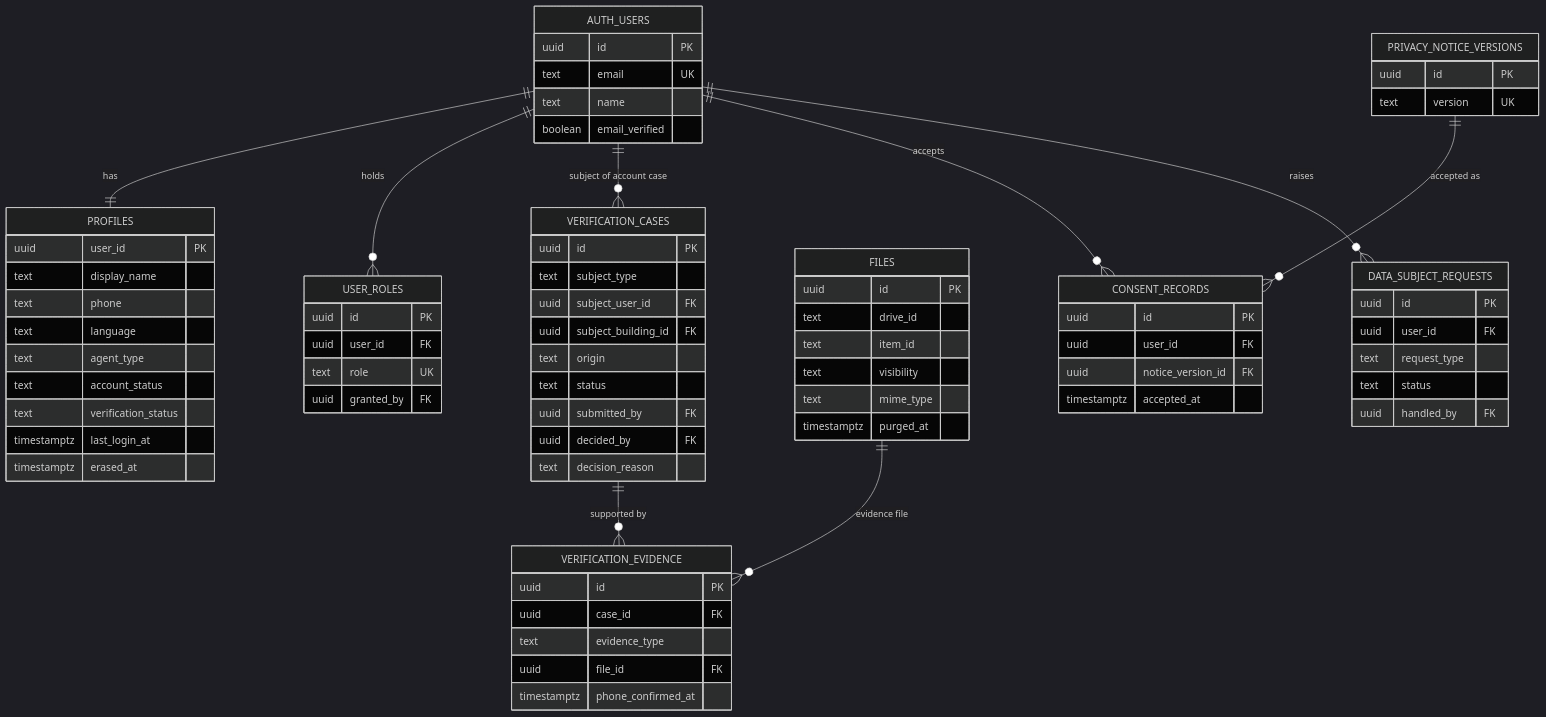
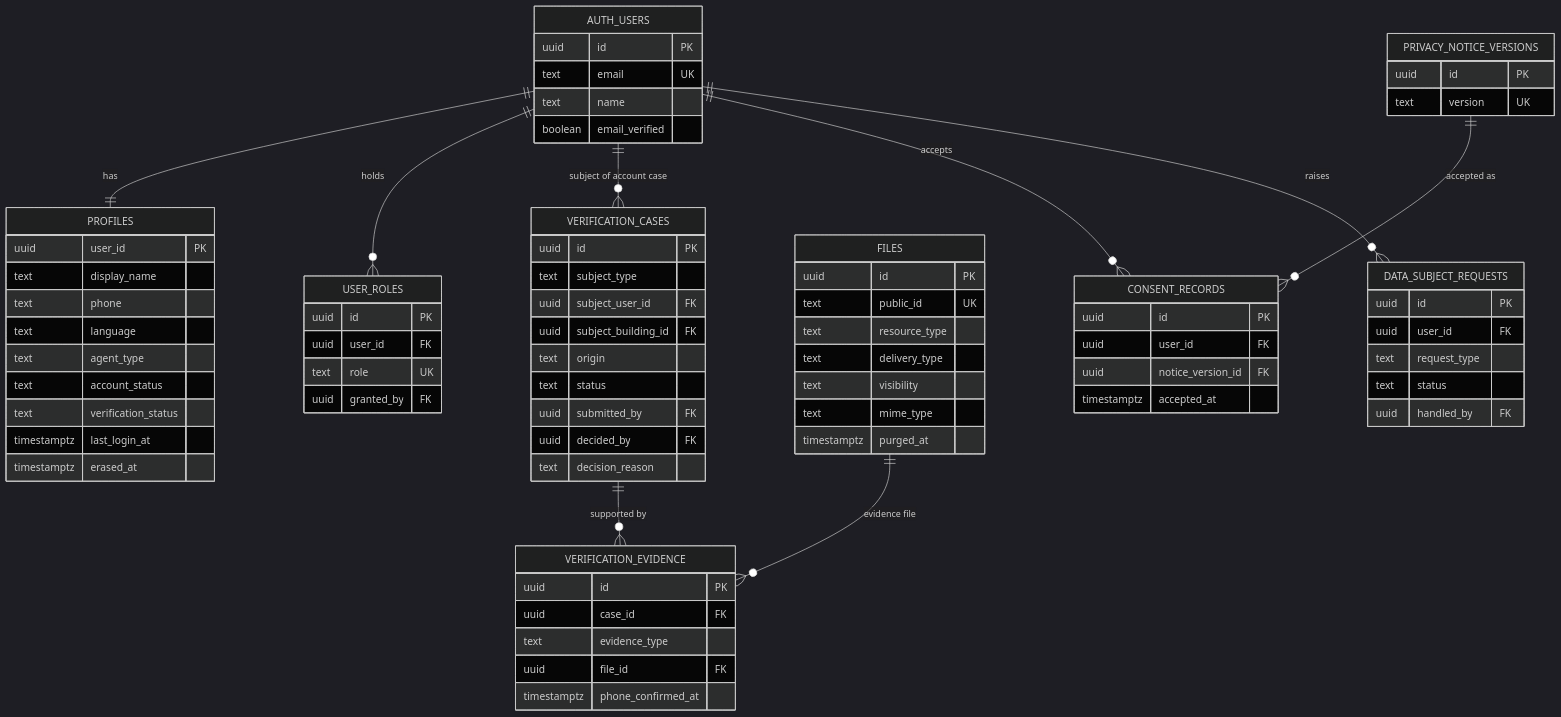
The second of 5 diagrams in Documentation/architecture/DATABASE_DESIGN.md (VWanyungu/ez-keja), drawn with Mermaid (dark theme) before and after one commit. The commit also changed other lines of this file and 16 other files, not shown here.

````diff
--- a/Documentation/architecture/DATABASE_DESIGN.md
+++ b/Documentation/architecture/DATABASE_DESIGN.md
@@ -285,77 +285,78 @@
 ```mermaid
 erDiagram
   AUTH_USERS {
     uuid id PK
     text email UK
     text name
     boolean email_verified
   }
   PROFILES {
     uuid user_id PK
     text display_name
     text phone
     text language
     text agent_type
     text account_status
     text verification_status
     timestamptz last_login_at
     timestamptz erased_at
   }
   USER_ROLES {
     uuid id PK
     uuid user_id FK
     text role UK
     uuid granted_by FK
   }
   VERIFICATION_CASES {
     uuid id PK
     text subject_type
     uuid subject_user_id FK
     uuid subject_building_id FK
     text origin
     text status
     uuid submitted_by FK
     uuid decided_by FK
     text decision_reason
   }
   VERIFICATION_EVIDENCE {
     uuid id PK
     uuid case_id FK
     text evidence_type
     uuid file_id FK
     timestamptz phone_confirmed_at
   }
   FILES {
     uuid id PK
-    text drive_id
-    text item_id
+    text public_id UK
+    text resource_type
+    text delivery_type
     text visibility
     text mime_type
     timestamptz purged_at
   }
   PRIVACY_NOTICE_VERSIONS {
     uuid id PK
     text version UK
   }
   CONSENT_RECORDS {
     uuid id PK
     uuid user_id FK
     uuid notice_version_id FK
     timestamptz accepted_at
   }
   DATA_SUBJECT_REQUESTS {
     uuid id PK
     uuid user_id FK
     text request_type
     text status
     uuid handled_by FK
   }
   AUTH_USERS ||--|| PROFILES : has
   AUTH_USERS ||--o{ USER_ROLES : holds
   AUTH_USERS ||--o{ VERIFICATION_CASES : "subject of account case"
   VERIFICATION_CASES ||--o{ VERIFICATION_EVIDENCE : "supported by"
   FILES ||--o{ VERIFICATION_EVIDENCE : "evidence file"
   PRIVACY_NOTICE_VERSIONS ||--o{ CONSENT_RECORDS : "accepted as"
   AUTH_USERS ||--o{ CONSENT_RECORDS : accepts
   AUTH_USERS ||--o{ DATA_SUBJECT_REQUESTS : raises
 ```
````
